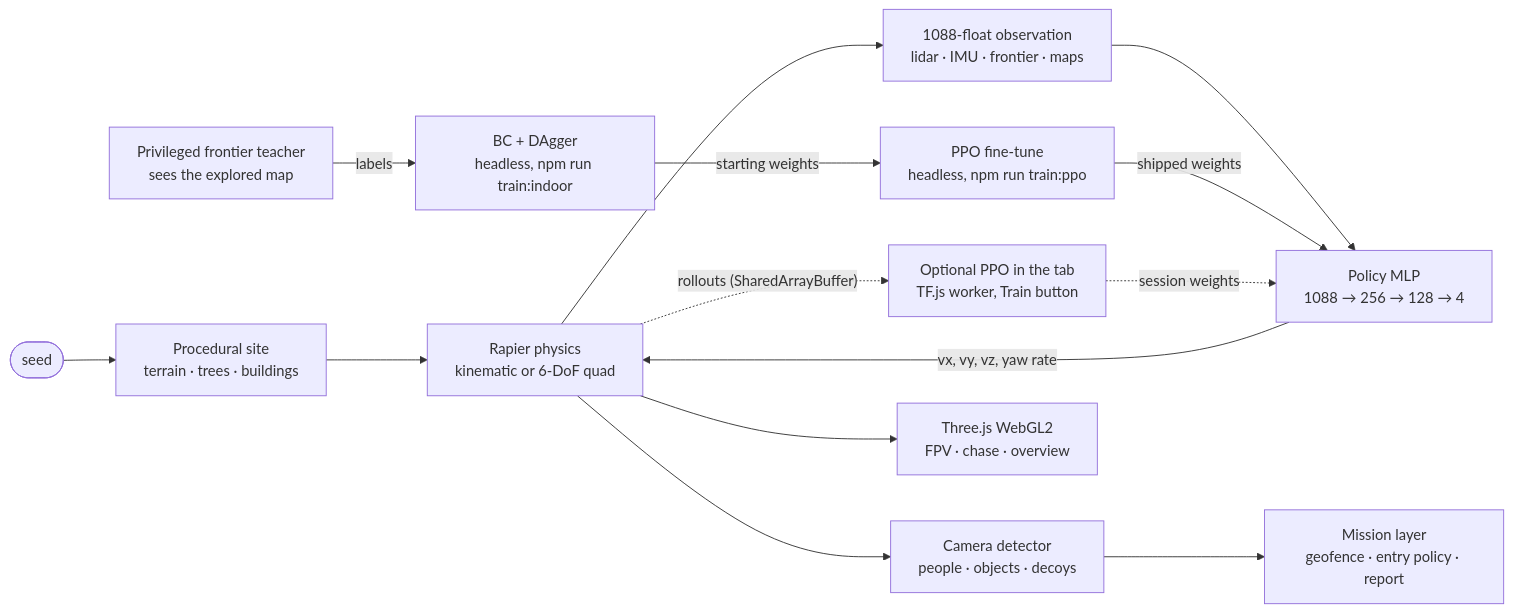
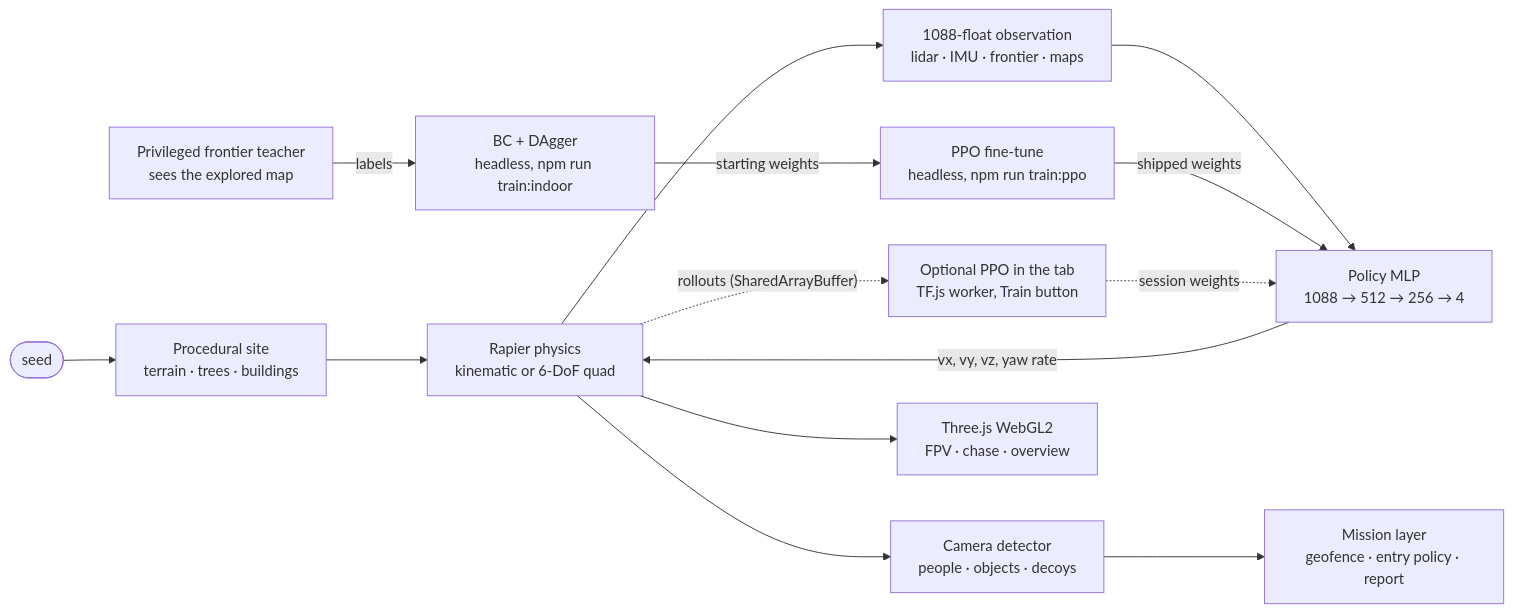
The diagram in docs/GUIDE.md (alexnieves-cs/frontier-fly), drawn with Mermaid before and after one commit. The commit also changed other lines of this file and 26 other files, not shown here.

````diff
--- a/docs/GUIDE.md
+++ b/docs/GUIDE.md
@@ -99,16 +99,16 @@
 ```mermaid
 flowchart LR
   Seed(["seed"]) --> Gen["Procedural site<br/>terrain · trees · buildings"]
   Gen --> Sim["Rapier physics<br/>kinematic or 6-DoF quad"]
   Sim --> Obs["1088-float observation<br/>lidar · IMU · frontier · maps"]
-  Obs --> Pol["Policy MLP<br/>1088 → 256 → 128 → 4"]
+  Obs --> Pol["Policy MLP<br/>1088 → 512 → 256 → 4"]
   Pol -- "vx, vy, vz, yaw rate" --> Sim
   Teacher["Privileged frontier teacher<br/>sees the explored map"] -- "labels" --> IL["BC + DAgger<br/>headless, npm run train:indoor"]
   IL -- "starting weights" --> FT["PPO fine-tune<br/>headless, npm run train:ppo"]
   FT -- "shipped weights" --> Pol
   Sim -. "rollouts (SharedArrayBuffer)" .-> PPO["Optional PPO in the tab<br/>TF.js worker, Train button"]
   PPO -. "session weights" .-> Pol
   Sim --> Det["Camera detector<br/>people · objects · decoys"]
   Det --> Mission["Mission layer<br/>geofence · entry policy · report"]
   Sim --> View["Three.js WebGL2<br/>FPV · chase · overview"]
 ```
````
